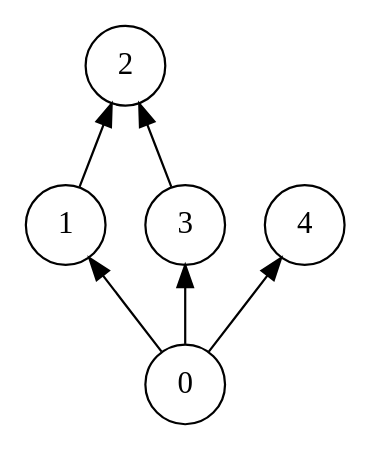
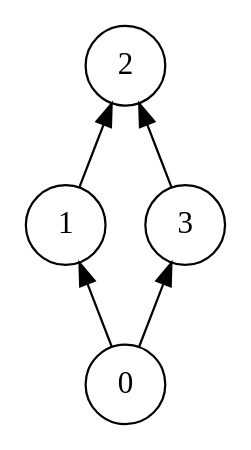
Before and after one commit to psqq/semi-diplom: the diagram in app/viz-g1.dot, drawn with Graphviz. The commit also changed 16 other files, not shown here.

Commit message:
show all graphs

```diff
--- a/app/viz-g1.dot
+++ b/app/viz-g1.dot
@@ -1,9 +1,8 @@
 digraph {
 node [ shape=circle ]
 rankdir = BT
 0 -> 1
 0 -> 3
-0 -> 4
 1 -> 2
 3 -> 2
 }
```
